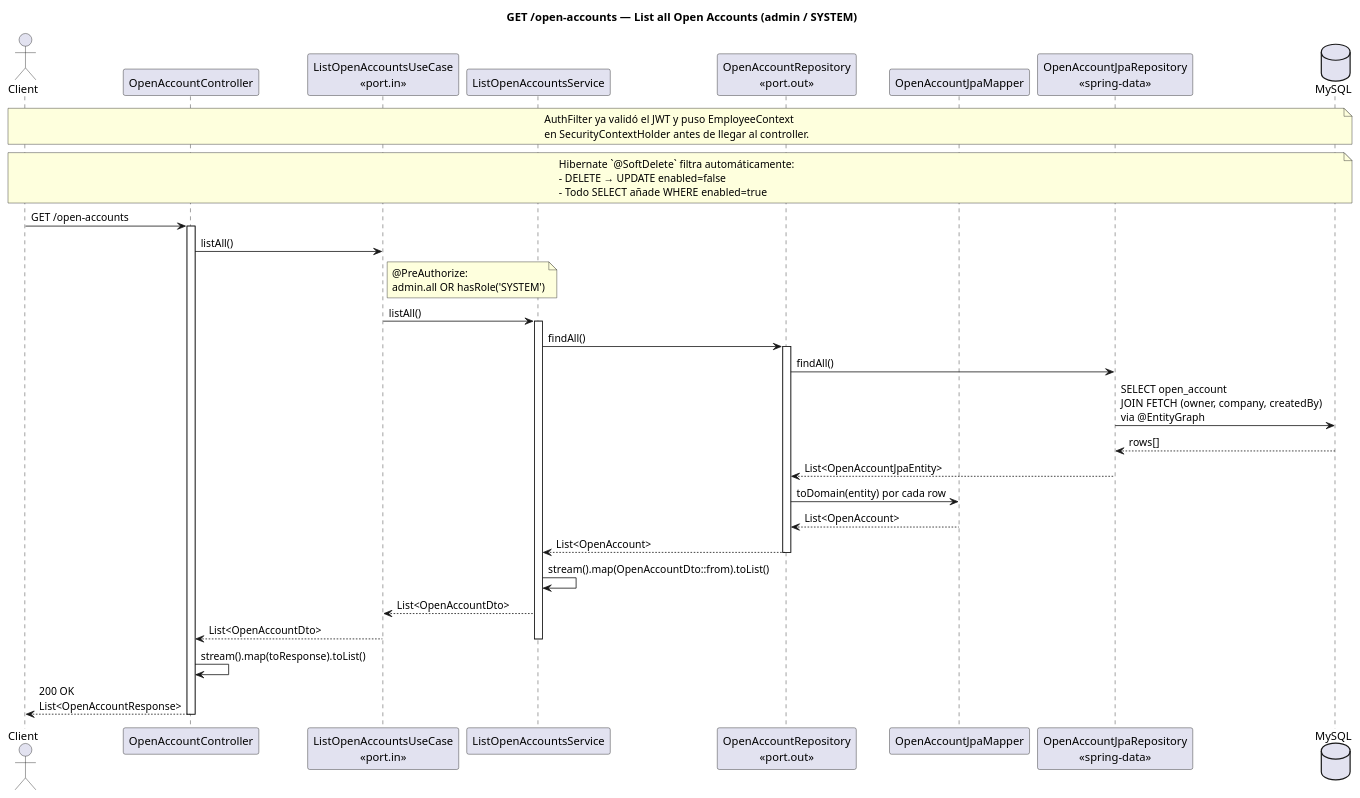
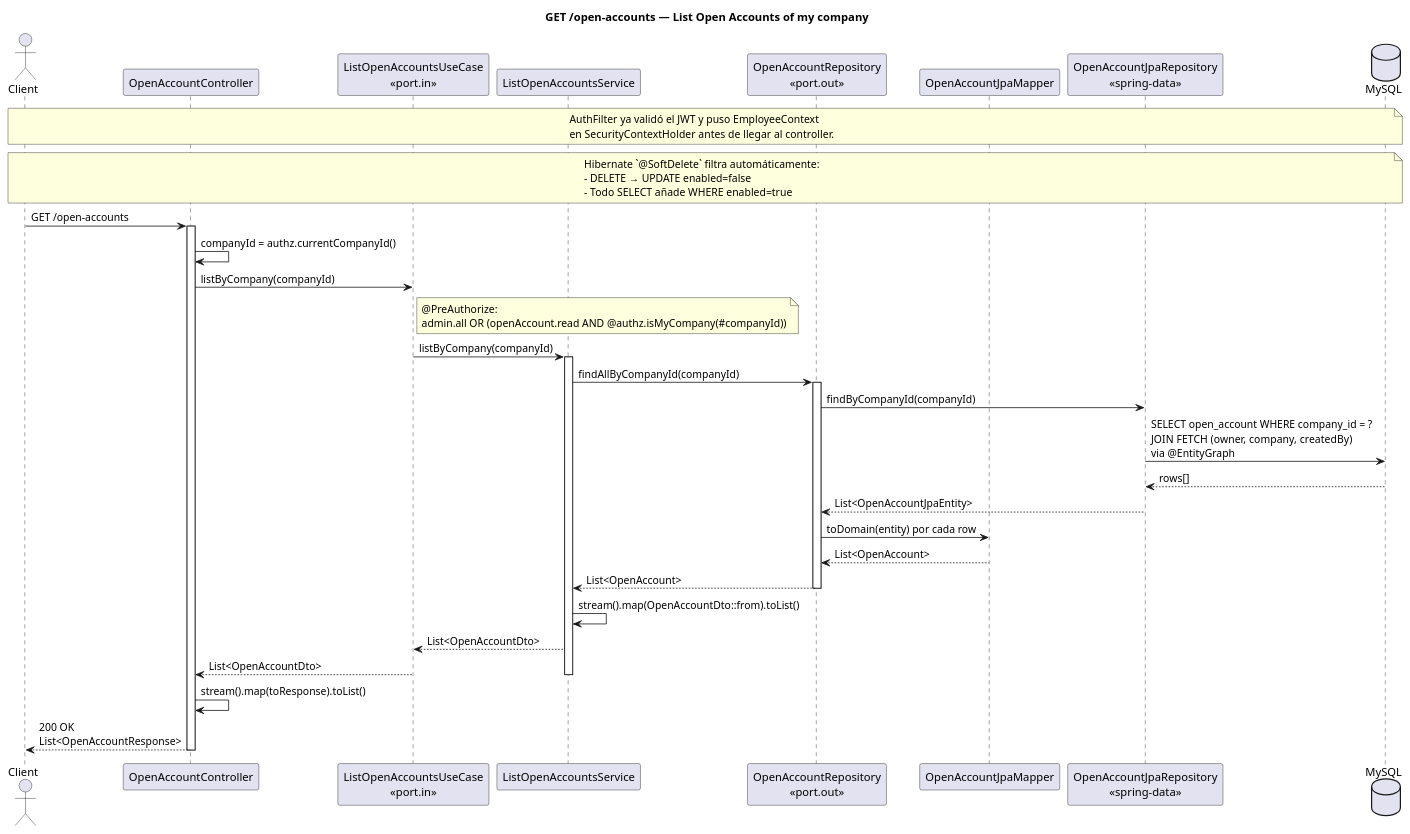
One commit to kefaroTech/vetsoftware-backend changed the diagram in uml/sequenceDiagram/openaccount/list.puml. Above: the diagram before and after it, drawn with PlantUML. The commit also changed 9 other files, not shown here.

First line of the commit message:
:lock: fix(open-account): lista cuentas abiertas solo de mi company

```diff
--- a/uml/sequenceDiagram/openaccount/list.puml
+++ b/uml/sequenceDiagram/openaccount/list.puml
@@ -1,55 +1,56 @@
 @startuml open_account_list
-title GET /open-accounts — List all Open Accounts (admin / SYSTEM)
+title GET /open-accounts — List Open Accounts of my company
 
 actor Client
 participant "OpenAccountController" as Controller
 participant "ListOpenAccountsUseCase\n<<port.in>>" as UseCase
 participant "ListOpenAccountsService" as Service
 participant "OpenAccountRepository\n<<port.out>>" as Repo
 participant "OpenAccountJpaMapper" as Mapper
 participant "OpenAccountJpaRepository\n<<spring-data>>" as JpaRepo
 database "MySQL" as DB
 
 note over Client, DB
   AuthFilter ya validó el JWT y puso EmployeeContext
   en SecurityContextHolder antes de llegar al controller.
 end note
 
 note over Client, DB
   Hibernate `@SoftDelete` filtra automáticamente:
   - DELETE → UPDATE enabled=false
   - Todo SELECT añade WHERE enabled=true
 end note
 
 Client -> Controller : GET /open-accounts
 activate Controller
 
-Controller -> UseCase : listAll()
+Controller -> Controller : companyId = authz.currentCompanyId()
+Controller -> UseCase : listByCompany(companyId)
 note right of UseCase
   @PreAuthorize:
-  admin.all OR hasRole('SYSTEM')
+  admin.all OR (openAccount.read AND @authz.isMyCompany(#companyId))
 end note
-UseCase -> Service : listAll()
+UseCase -> Service : listByCompany(companyId)
 activate Service
 
-Service -> Repo : findAll()
+Service -> Repo : findAllByCompanyId(companyId)
 activate Repo
-Repo -> JpaRepo : findAll()
-JpaRepo -> DB : SELECT open_account\nJOIN FETCH (owner, company, createdBy)\nvia @EntityGraph
+Repo -> JpaRepo : findByCompanyId(companyId)
+JpaRepo -> DB : SELECT open_account WHERE company_id = ?\nJOIN FETCH (owner, company, createdBy)\nvia @EntityGraph
 DB --> JpaRepo : rows[]
 JpaRepo --> Repo : List<OpenAccountJpaEntity>
 Repo -> Mapper : toDomain(entity) por cada row
 Mapper --> Repo : List<OpenAccount>
 Repo --> Service : List<OpenAccount>
 deactivate Repo
 
 Service -> Service : stream().map(OpenAccountDto::from).toList()
 Service --> UseCase : List<OpenAccountDto>
 UseCase --> Controller : List<OpenAccountDto>
 deactivate Service
 
 Controller -> Controller : stream().map(toResponse).toList()
 Controller --> Client : 200 OK\nList<OpenAccountResponse>
 deactivate Controller
 
 @enduml
```
